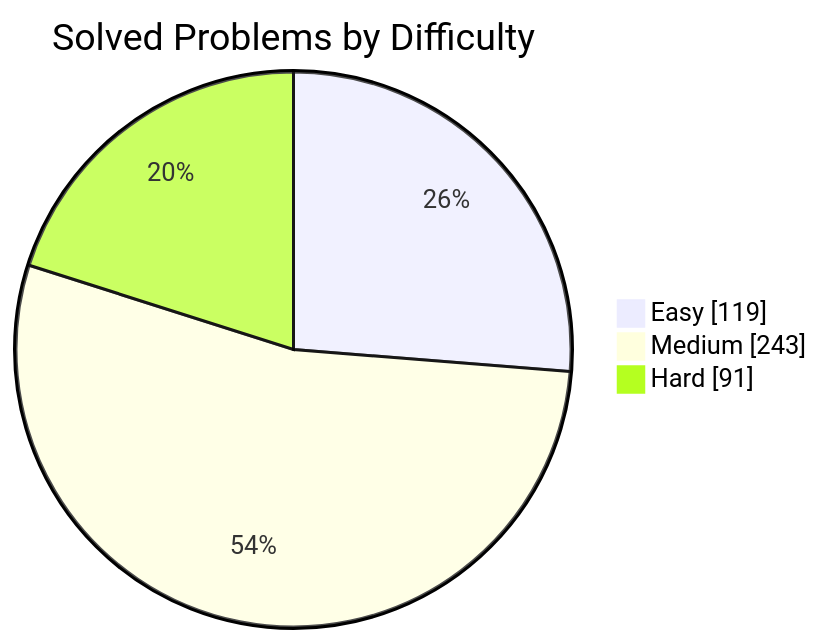
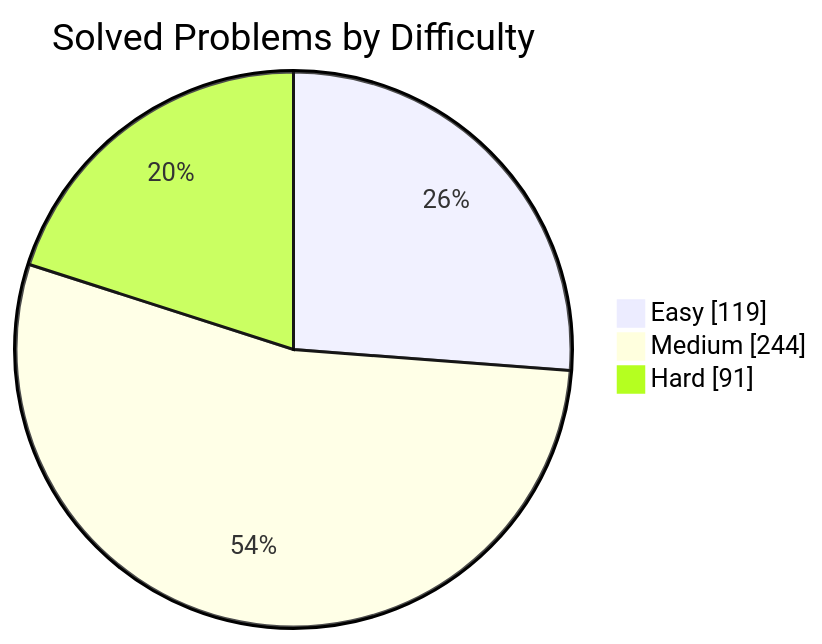
The first of 2 diagrams in README.md (manikantbindass/DSA-Preparation-FAANG), drawn with Mermaid before and after one commit. The commit also changed other lines of this file and 1 other file, not shown here.

````diff
--- a/README.md
+++ b/README.md
@@ -77,7 +77,7 @@
 ```mermaid
 pie showData
     title Solved Problems by Difficulty
     "Easy" : 119
-    "Medium" : 243
+    "Medium" : 244
     "Hard" : 91
 ```
````
